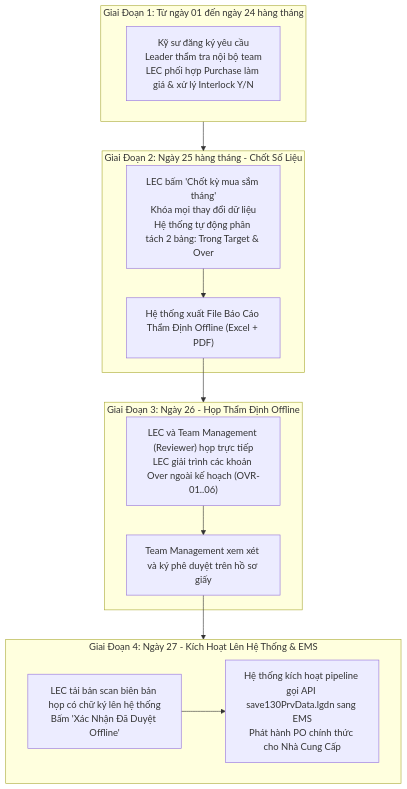
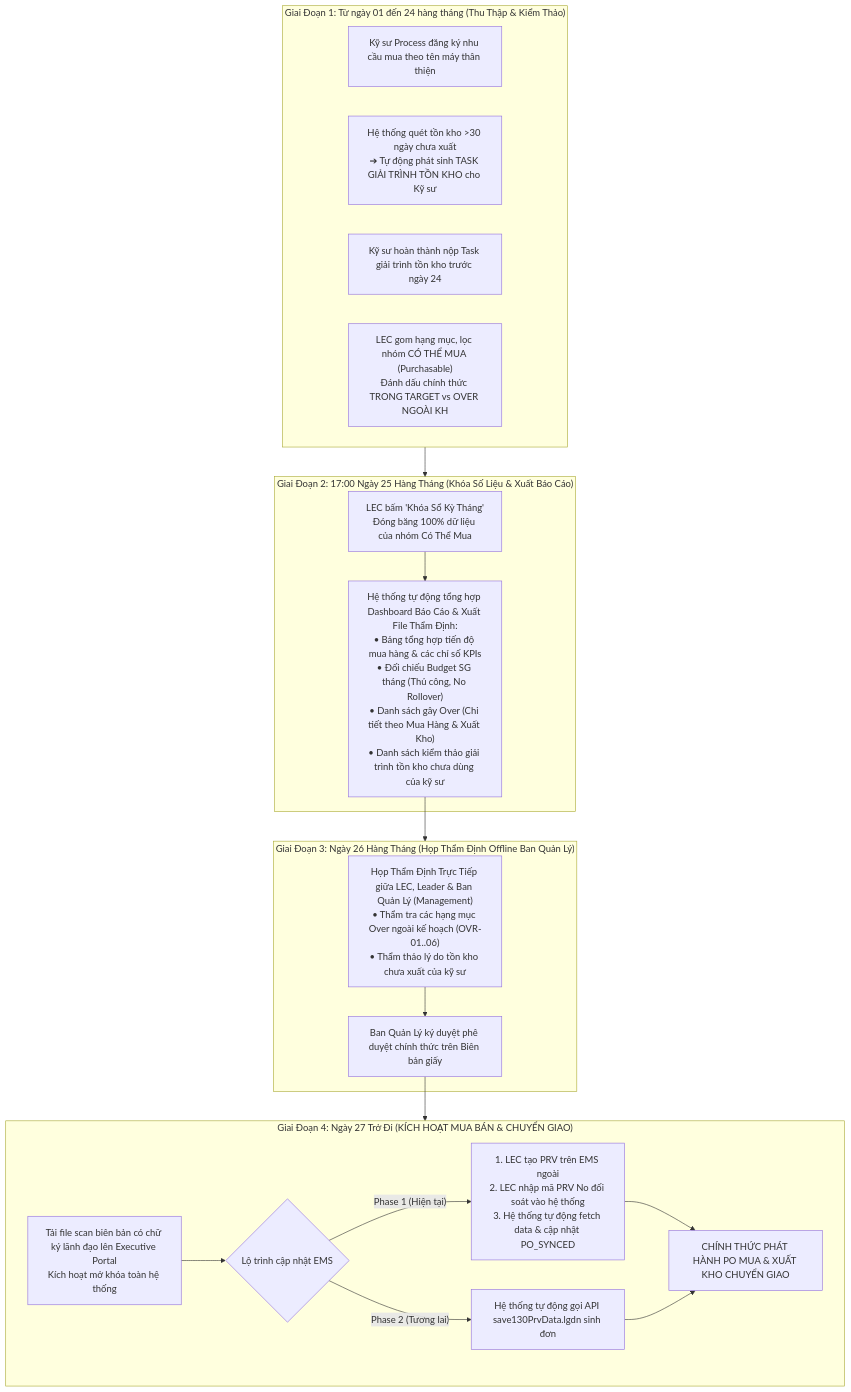
Before and after one commit to longphamduc-vn/ops-workflow: the diagram in procurement-system/06-process-workflows-and-diagrams/05-monthly-offline-audit-workflow.md, drawn with Mermaid. The commit also changed other lines of this file and 27 other files, not shown here.

Commit message:
feat(procurement-system): comprehensive overhaul of role interfaces, ebom drag-drop, rfq exceptions, inter-entity transfer, and no-rollover budget

````diff
--- a/procurement-system/06-process-workflows-and-diagrams/05-monthly-offline-audit-workflow.md
+++ b/procurement-system/06-process-workflows-and-diagrams/05-monthly-offline-audit-workflow.md
@@ -5,26 +8,35 @@
 ```mermaid
 flowchart TD
-    subgraph Phase1["Giai Đoạn 1: Từ ngày 01 đến ngày 24 hàng tháng"]
-        P1["Kỹ sư đăng ký yêu cầu\nLeader thẩm tra nội bộ team\nLEC phối hợp Purchase làm giá & xử lý Interlock Y/N"]
+    subgraph Phase1["Giai Đoạn 1: Từ ngày 01 đến 24 hàng tháng (Thu Thập & Kiểm Thảo)"]
+        P1["Kỹ sư Process đăng ký nhu cầu mua theo tên máy thân thiện"]
+        P1_Stock["Hệ thống quét tồn kho >30 ngày chưa xuất\n➔ Tự động phát sinh TASK GIẢI TRÌNH TỒN KHO cho Kỹ sư"]
+        P1_Task["Kỹ sư hoàn thành nộp Task giải trình tồn kho trước ngày 24"]
+        P1_LEC["LEC gom hạng mục, lọc nhóm CÓ THỂ MUA (Purchasable)\nĐánh dấu chính thức TRONG TARGET vs OVER NGOÀI KH"]
     end
 
-    subgraph Phase2["Giai Đoạn 2: Ngày 25 hàng tháng - Chốt Số Liệu"]
-        P2["LEC bấm 'Chốt kỳ mua sắm tháng'\nKhóa mọi thay đổi dữ liệu\nHệ thống tự động phân tách 2 bảng: Trong Target & Over"]
-        P3["Hệ thống xuất File Báo Cáo Thẩm Định Offline (Excel + PDF)"]
+    subgraph Phase2["Giai Đoạn 2: 17:00 Ngày 25 Hàng Tháng (Khóa Số Liệu & Xuất Báo Cáo)"]
+        P2["LEC bấm 'Khóa Sổ Kỳ Tháng'\nĐóng băng 100% dữ liệu của nhóm Có Thể Mua"]
+        P3["Hệ thống tự động tổng hợp Dashboard Báo Cáo & Xuất File Thẩm Định:\n• Bảng tổng hợp tiến độ mua hàng & các chỉ số KPIs\n• Đối chiếu Budget SG tháng (Thủ công, No Rollover)\n• Danh sách gây Over (Chi tiết theo Mua Hàng & Xuất Kho)\n• Danh sách kiểm thảo giải trình tồn kho chưa dùng của kỹ sư"]
     end
 
-    subgraph Phase3["Giai Đoạn 3: Ngày 26 - Họp Thẩm Định Offline"]
-        P4["LEC và Team Management (Reviewer) họp trực tiếp\nLEC giải trình các khoản Over ngoài kế hoạch (OVR-01..06)"]
-        P5["Team Management xem xét và ký phê duyệt trên hồ sơ giấy"]
+    subgraph Phase3["Giai Đoạn 3: Ngày 26 Hàng Tháng (Họp Thẩm Định Offline Ban Quản Lý)"]
+        P4["Họp Thẩm Định Trực Tiếp giữa LEC, Leader & Ban Quản Lý (Management)\n• Thẩm tra các hạng mục Over ngoài kế hoạch (OVR-01..06)\n• Thẩm thảo lý do tồn kho chưa xuất của kỹ sư"]
+        P5["Ban Quản Lý ký duyệt phê duyệt chính thức trên Biên bản giấy"]
     end
 
-    subgraph Phase4["Giai Đoạn 4: Ngày 27 - Kích Hoạt Lên Hệ Thống & EMS"]
-        P6["LEC tải bản scan biên bản họp có chữ ký lên hệ thống\nBấm 'Xác Nhận Đã Duyệt Offline'"]
-        P7["Hệ thống kích hoạt pipeline gọi API save130PrvData.lgdn sang EMS\nPhát hành PO chính thức cho Nhà Cung Cấp"]
+    subgraph Phase4["Giai Đoạn 4: Ngày 27 Trở Đi (KÍCH HOẠT MUA BÁN & CHUYỂN GIAO)"]
+        P6["Tải file scan biên bản có chữ ký lãnh đạo lên Executive Portal\nKích hoạt mở khóa toàn hệ thống"]
+        
+        P7{"Lộ trình cập nhật EMS"}
+        P7 -->|"Phase 1 (Hiện tại)"| P7_Phase1["1. LEC tạo PRV trên EMS ngoài\n2. LEC nhập mã PRV No đối soát vào hệ thống\n3. Hệ thống tự động fetch data & cập nhật PO_SYNCED"]
+        P7 -->|"Phase 2 (Tương lai)"| P7_Phase2["Hệ thống tự động gọi API save130PrvData.lgdn sinh đơn"]
+        
+        P7_Phase1 --> DoneAction["CHÍNH THỨC PHÁT HÀNH PO MUA & XUẤT KHO CHUYỂN GIAO"]
+        P7_Phase2 --> DoneAction
     end
 
     Phase1 --> Phase2
     P2 --> P3 --> Phase3
     P4 --> P5 --> Phase4
     P6 --> P7
 ```
````
